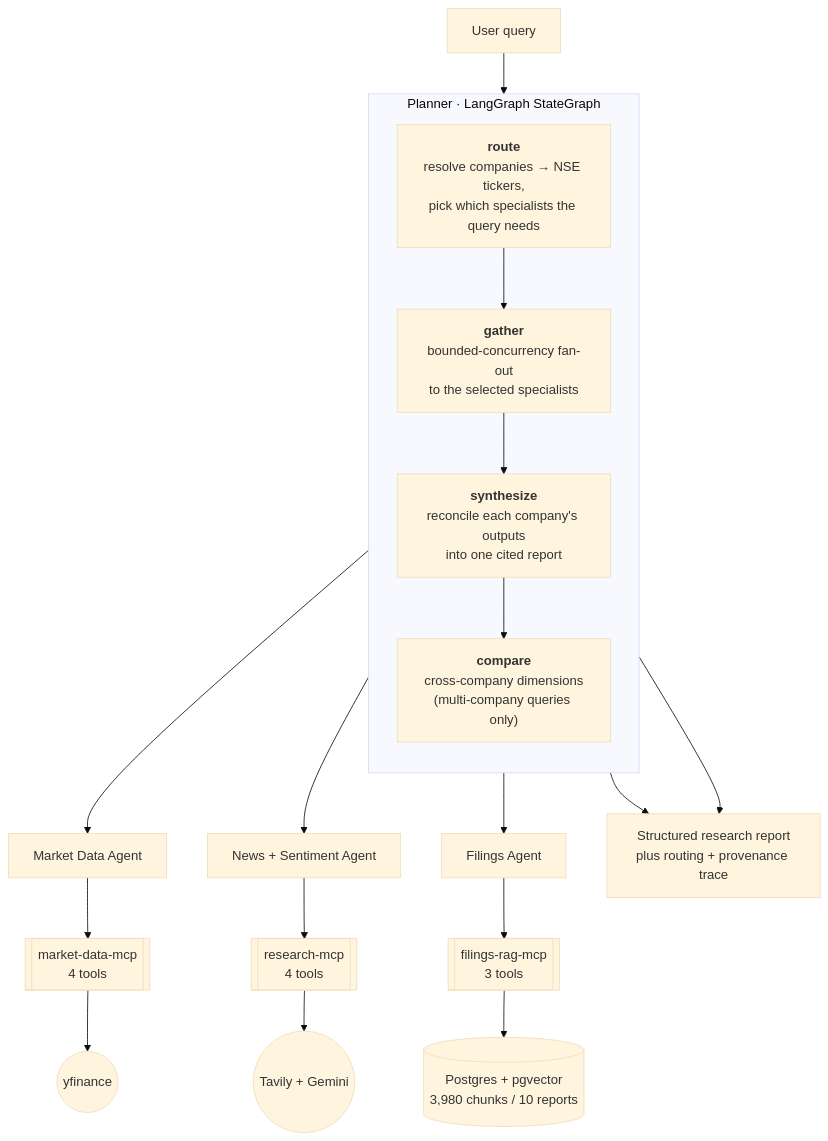
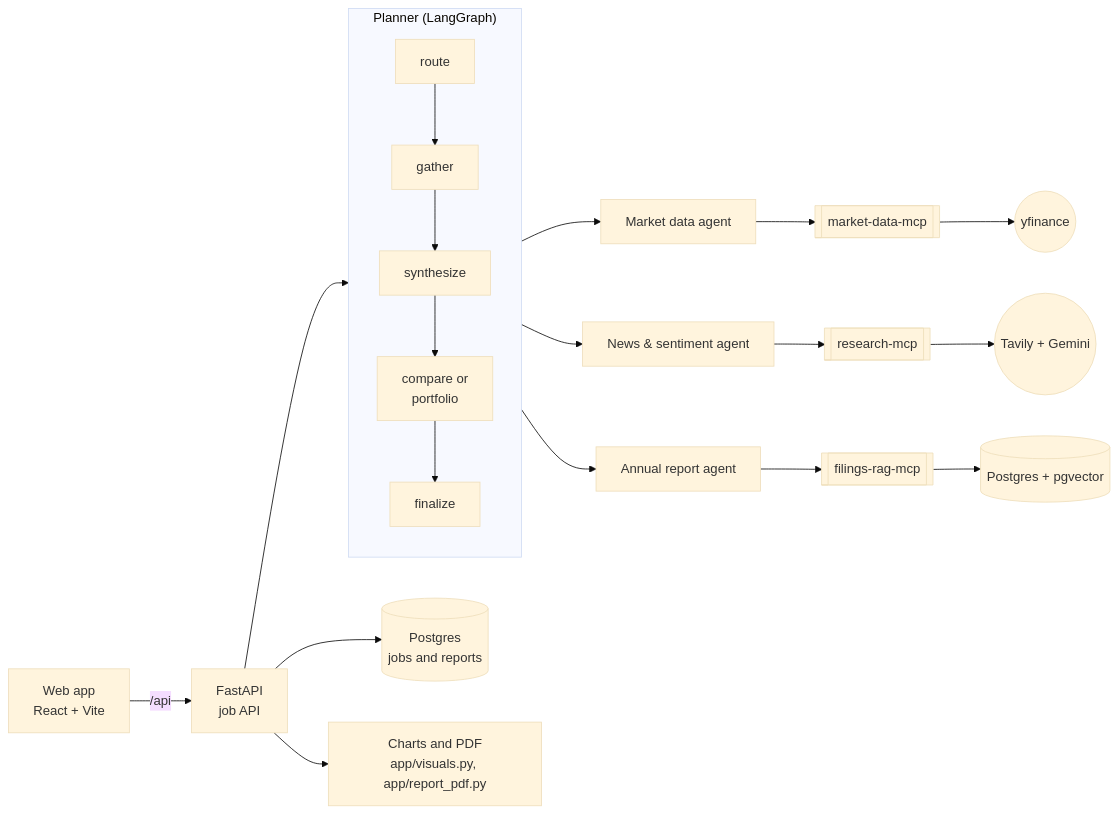
The diagram in README.md (23f2001127/artha-neeti), drawn with Mermaid (base theme) before and after one commit. The commit also changed other lines of this file and 13 other files, not shown here.

````diff
--- a/README.md
+++ b/README.md
@@ -24,19 +45,17 @@
 ```mermaid
-flowchart TD
-    Q[User query] --> R
+flowchart LR
+    UI["Web app<br/>React + Vite"] -->|"/api"| API["FastAPI<br/>job API"]
+    API --> PL
 
-    subgraph P["Planner · LangGraph StateGraph"]
+    subgraph PL["Planner (LangGraph)"]
         direction TB
-        R["<b>route</b><br/>resolve companies → NSE tickers,<br/>pick which specialists the query needs"]
-        R --> G["<b>gather</b><br/>bounded-concurrency fan-out<br/>to the selected specialists"]
-        G --> SY["<b>synthesize</b><br/>reconcile each company's outputs<br/>into one cited report"]
-        SY --> CM["<b>compare</b><br/>cross-company dimensions<br/>(multi-company queries only)"]
+        R[route] --> G[gather] --> S[synthesize] --> C["compare or<br/>portfolio"] --> F[finalize]
     end
 
-    G --> MDA["Market Data Agent"] --> M1[["market-data-mcp<br/>4 tools"]] --> YF(("yfinance"))
-    G --> NSA["News + Sentiment Agent"] --> M2[["research-mcp<br/>4 tools"]] --> TV(("Tavily + Gemini"))
-    G --> FA["Filings Agent"] --> M3[["filings-rag-mcp<br/>3 tools"]] --> PG[("Postgres + pgvector<br/>3,980 chunks / 10 reports")]
+    G --> MA["Market data agent"] --> M1[["market-data-mcp"]] --> YF(("yfinance"))
+    G --> NA["News & sentiment agent"] --> M2[["research-mcp"]] --> TV(("Tavily + Gemini"))
+    G --> FA["Annual report agent"] --> M3[["filings-rag-mcp"]] --> PG[("Postgres + pgvector")]
 
-    SY --> OUT["Structured research report<br/>plus routing + provenance trace"]
-    CM --> OUT
+    API --> DB[("Postgres<br/>jobs and reports")]
+    API --> V["Charts and PDF<br/>app/visuals.py, app/report_pdf.py"]
 ```
````
